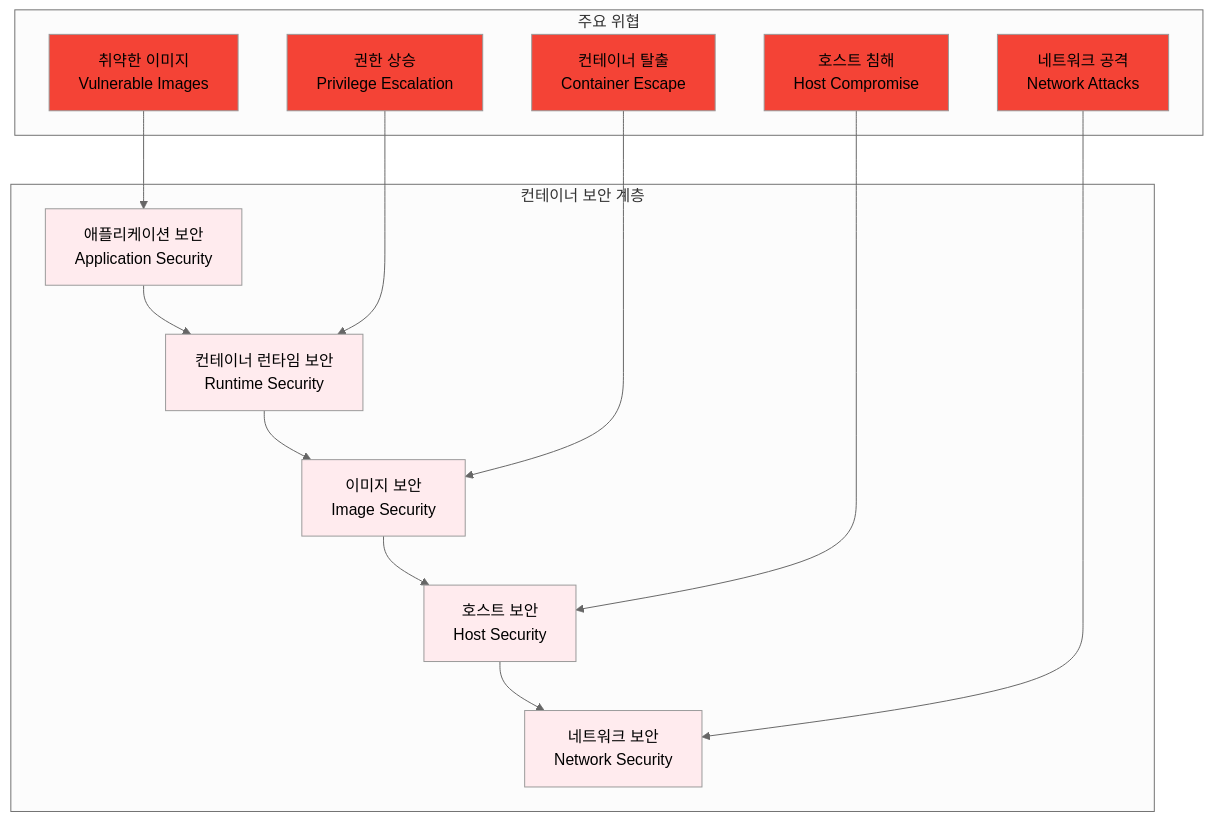
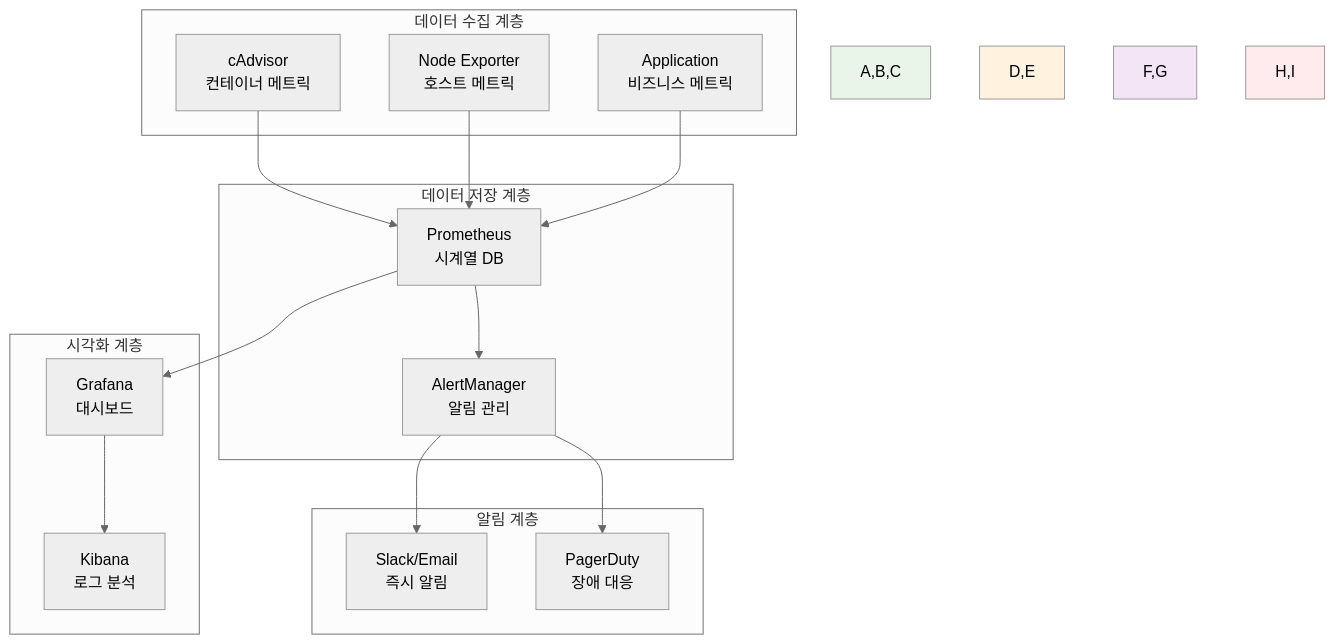
Before and after one commit to niceguy61/kdt_devops_lecture_2025: the second of 4 diagrams in theory/week_02/day3/session_1.md, drawn with Mermaid (neutral theme). The commit also changed other lines of this file and 70 other files, not shown here.

````diff
--- a/theory/week_02/day3/session_1.md
+++ b/theory/week_02/day3/session_1.md
@@ -33,28 +53,37 @@
 ```mermaid
 graph TB
-    subgraph "컨테이너 보안 계층"
-        A[애플리케이션 보안<br/>Application Security] --> B[컨테이너 런타임 보안<br/>Runtime Security]
-        B --> C[이미지 보안<br/>Image Security]
-        C --> D[호스트 보안<br/>Host Security]
-        D --> E[네트워크 보안<br/>Network Security]
+    subgraph "데이터 수집 계층"
+        A[cAdvisor<br/>컨테이너 메트릭]
+        B[Node Exporter<br/>호스트 메트릭]
+        C[Application<br/>비즈니스 메트릭]
     end
     
-    subgraph "주요 위협"
-        F[취약한 이미지<br/>Vulnerable Images] --> A
-        G[권한 상승<br/>Privilege Escalation] --> B
-        H[컨테이너 탈출<br/>Container Escape] --> C
-        I[호스트 침해<br/>Host Compromise] --> D
-        J[네트워크 공격<br/>Network Attacks] --> E
+    subgraph "데이터 저장 계층"
+        D[Prometheus<br/>시계열 DB]
+        E[AlertManager<br/>알림 관리]
     end
     
-    style A fill:#ffebee
-    style B fill:#ffebee
-    style C fill:#ffebee
-    style D fill:#ffebee
-    style E fill:#ffebee
-    style F fill:#f44336
-    style G fill:#f44336
-    style H fill:#f44336
-    style I fill:#f44336
-    style J fill:#f44336
+    subgraph "시각화 계층"
+        F[Grafana<br/>대시보드]
+        G[Kibana<br/>로그 분석]
+    end
+    
+    subgraph "알림 계층"
+        H[Slack/Email<br/>즉시 알림]
+        I[PagerDuty<br/>장애 대응]
+    end
+    
+    A --> D
+    B --> D
+    C --> D
+    D --> E
+    D --> F
+    E --> H
+    E --> I
+    F --> G
+    
+    style A,B,C fill:#e8f5e8
+    style D,E fill:#fff3e0
+    style F,G fill:#f3e5f5
+    style H,I fill:#ffebee
 ```
````
